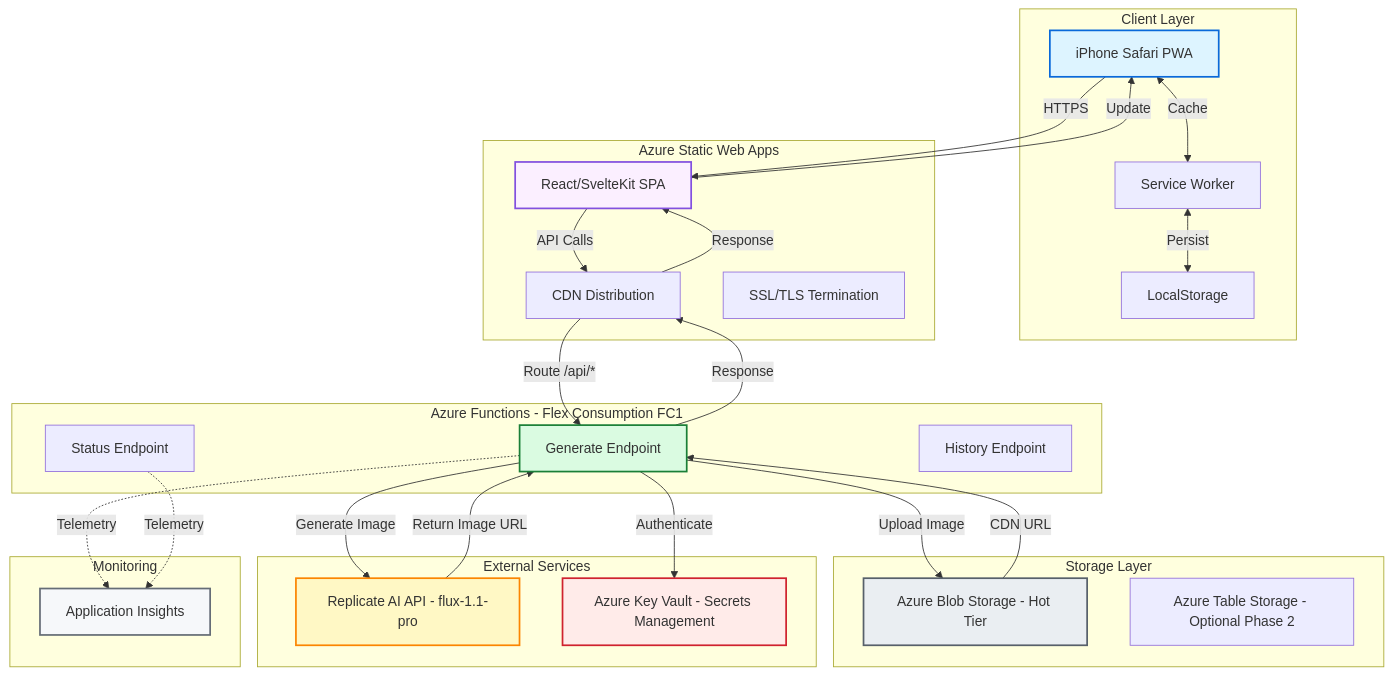
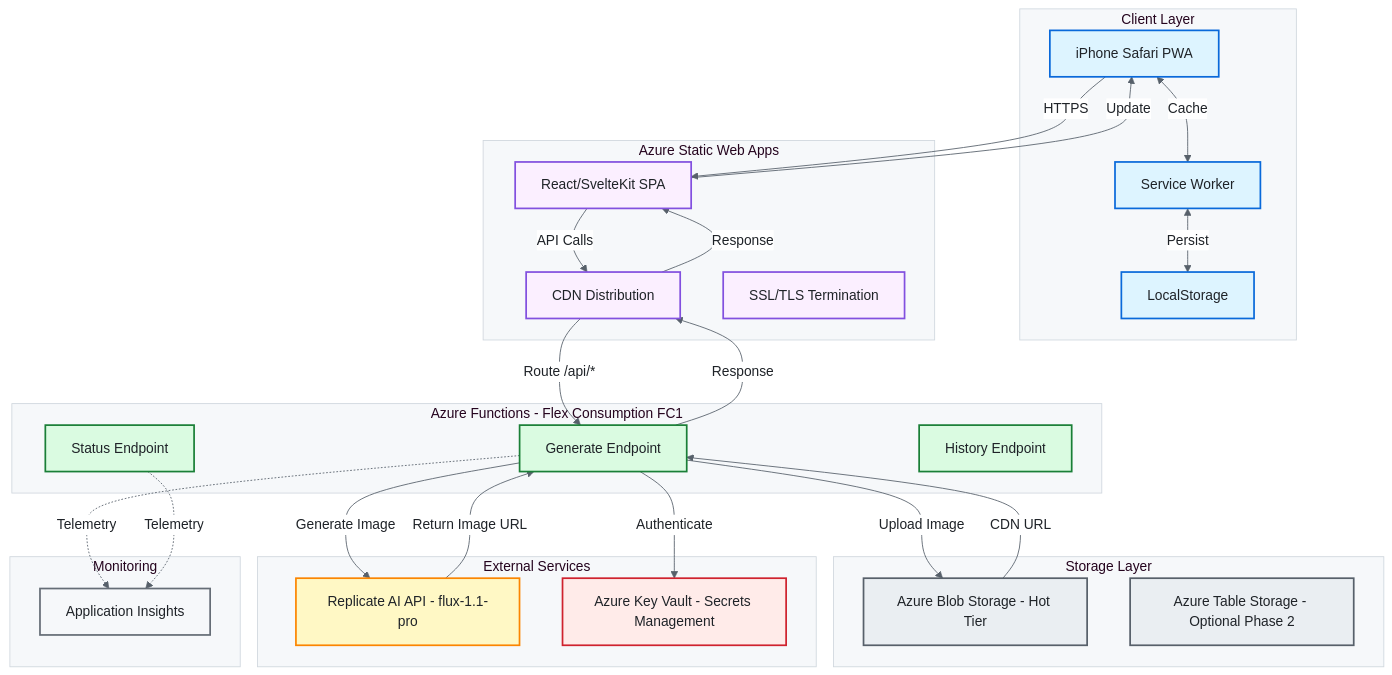
Before and after one commit to fabioc-aloha/ai-wallpaper-generator: the first of 5 diagrams in ARCHITECTURE.md, drawn with Mermaid. The commit also changed other lines of this file and 2 other files, not shown here.

First line of the commit message:
Polish Mermaid diagrams with GitHub Primer theme

````diff
--- a/ARCHITECTURE.md
+++ b/ARCHITECTURE.md
@@ -42,58 +42,67 @@
 ```mermaid
+%%{init: {'theme':'base', 'themeVariables': {'primaryColor':'#ddf4ff','primaryTextColor':'#1f2328','primaryBorderColor':'#0969DA','lineColor':'#57606a','secondaryColor':'#fbefff','tertiaryColor':'#dafbe1','background':'#ffffff','mainBkg':'#f6f8fa','secondBkg':'#ffffff','clusterBkg':'#f6f8fa','clusterBorder':'#d0d7de','edgeLabelBackground':'#ffffff','nodeTextColor':'#1f2328'}}}%%
 graph TB
     subgraph "Client Layer"
         A[iPhone Safari PWA]
         B[Service Worker]
         C[LocalStorage]
     end
 
     subgraph "Azure Static Web Apps"
         D[React/SvelteKit SPA]
         E[CDN Distribution]
         F[SSL/TLS Termination]
     end
 
     subgraph "Azure Functions - Flex Consumption FC1"
         G[Generate Endpoint]
         H[Status Endpoint]
         I[History Endpoint]
     end
 
     subgraph "Storage Layer"
         J[Azure Blob Storage - Hot Tier]
         K[Azure Table Storage - Optional Phase 2]
     end
 
     subgraph "External Services"
         L[Replicate AI API - flux-1.1-pro]
         M[Azure Key Vault - Secrets Management]
     end
 
     subgraph "Monitoring"
         N[Application Insights]
     end
 
     A -->|HTTPS| D
     A <-->|Cache| B
     B <-->|Persist| C
     D -->|API Calls| E
     E -->|Route /api/*| G
     G -->|Authenticate| M
     G -->|Generate Image| L
     L -->|Return Image URL| G
     G -->|Upload Image| J
     J -->|CDN URL| G
     G -->|Response| E
     E -->|Response| D
     D -->|Update| A
     G -.->|Telemetry| N
     H -.->|Telemetry| N
 
-    style A fill:#ddf4ff,stroke:#0969DA,stroke-width:2px
-    style D fill:#fbefff,stroke:#8250df,stroke-width:2px
-    style G fill:#dafbe1,stroke:#1a7f37,stroke-width:2px
-    style L fill:#fff8c5,stroke:#fb8500,stroke-width:2px
-    style J fill:#eaeef2,stroke:#57606a,stroke-width:2px
-    style M fill:#ffebe9,stroke:#cf222e,stroke-width:2px
-    style N fill:#f6f8fa,stroke:#656d76,stroke-width:2px
+    classDef clientStyle fill:#ddf4ff,stroke:#0969DA,stroke-width:2px,color:#1f2328
+    classDef frontendStyle fill:#fbefff,stroke:#8250df,stroke-width:2px,color:#1f2328
+    classDef backendStyle fill:#dafbe1,stroke:#1a7f37,stroke-width:2px,color:#1f2328
+    classDef aiStyle fill:#fff8c5,stroke:#fb8500,stroke-width:2px,color:#1f2328
+    classDef storageStyle fill:#eaeef2,stroke:#57606a,stroke-width:2px,color:#1f2328
+    classDef secretStyle fill:#ffebe9,stroke:#cf222e,stroke-width:2px,color:#1f2328
+    classDef monitorStyle fill:#f6f8fa,stroke:#656d76,stroke-width:2px,color:#1f2328
+
+    class A,B,C clientStyle
+    class D,E,F frontendStyle
+    class G,H,I backendStyle
+    class L aiStyle
+    class J,K storageStyle
+    class M secretStyle
+    class N monitorStyle
 ```
````
